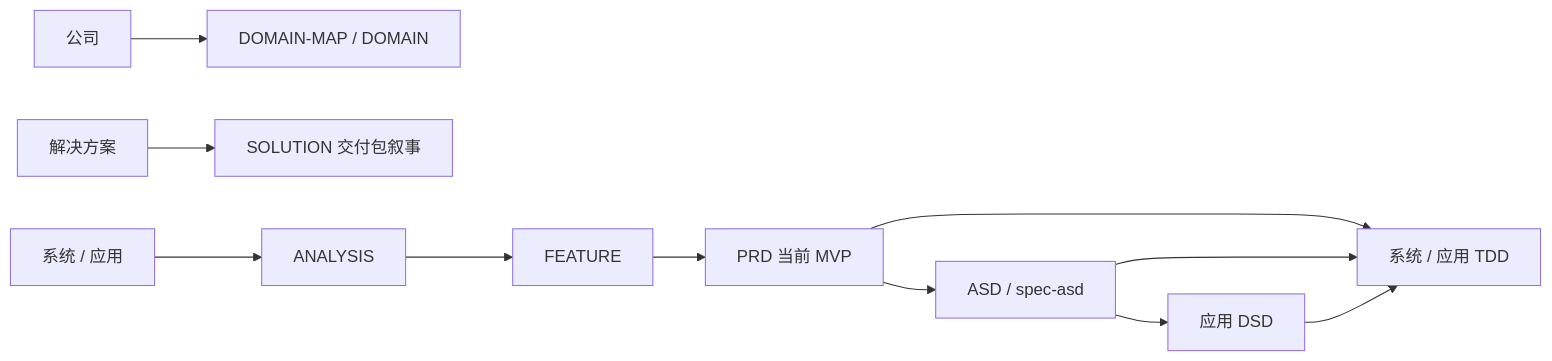
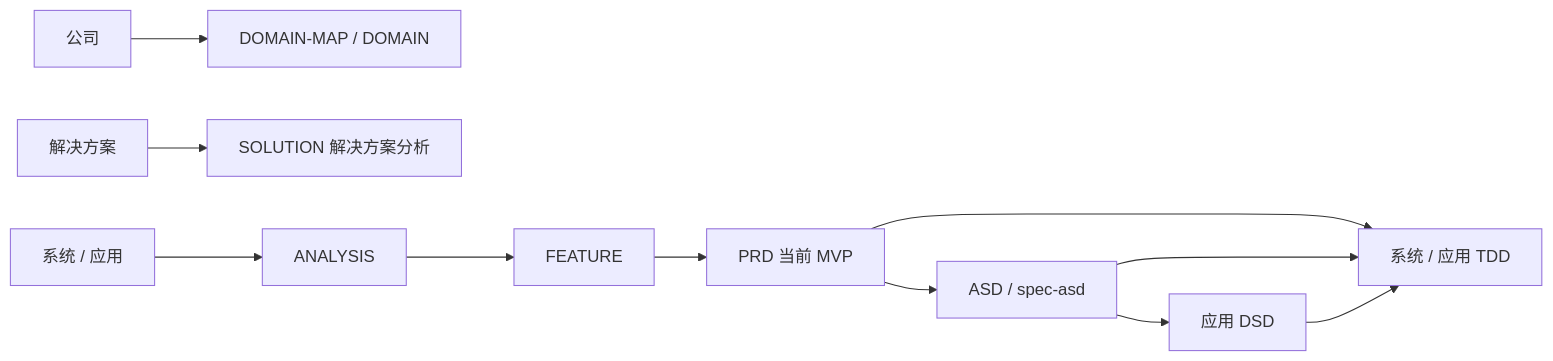
Before and after one commit to oleewen/ai-knowledge: the second of 2 diagrams in INDEX-GUIDE.md, drawn with Mermaid. The commit also changed other lines of this file and 21 other files, not shown here.

````diff
--- a/INDEX-GUIDE.md
+++ b/INDEX-GUIDE.md
@@ -209,12 +209,12 @@
 ```mermaid
 flowchart LR
   company["公司"] --> domains["DOMAIN-MAP / DOMAIN"]
-  solution["解决方案"] --> sln["SOLUTION 交付包叙事"]
+  solution["解决方案"] --> sln["SOLUTION 解决方案分析"]
   sa["系统 / 应用"] --> analysis["ANALYSIS"]
   analysis --> feature["FEATURE"] --> prd["PRD 当前 MVP"]
   prd --> asd["ASD / spec-asd"]
   asd --> dsd["应用 DSD"]
   prd --> tdd["系统 / 应用 TDD"]
   asd --> tdd
   dsd --> tdd
 ```
````
